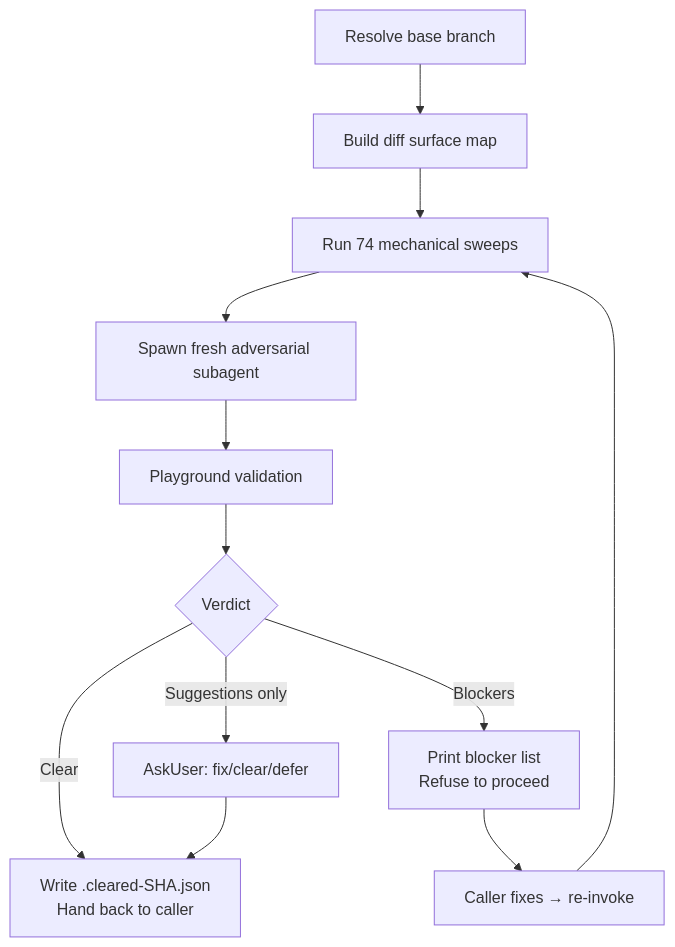
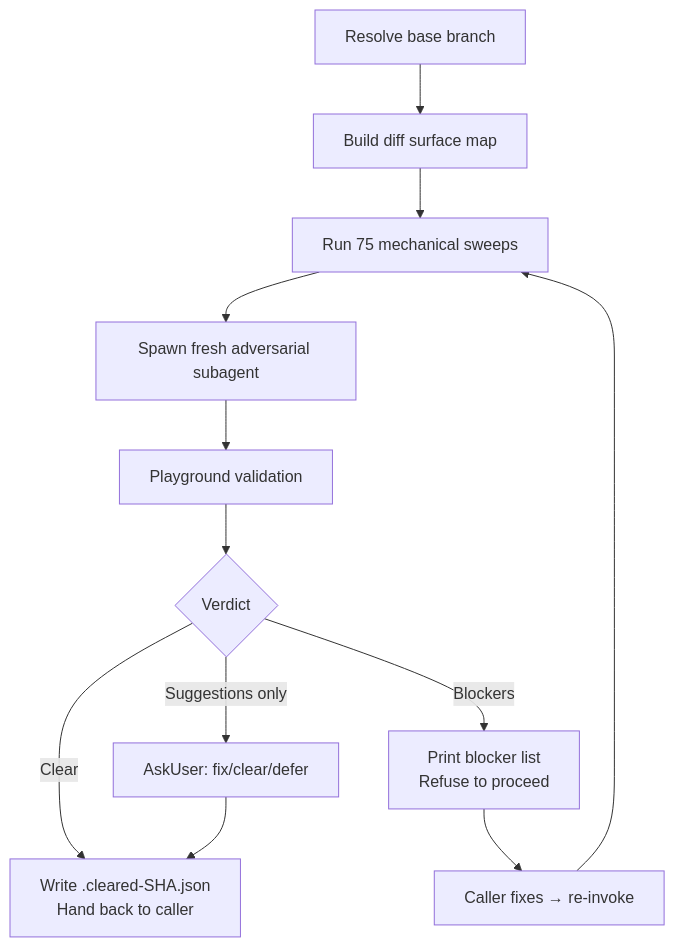
The diagram in skills/adversarial-review/README.md (whizzzkid/skills), drawn with Mermaid before and after one commit. The commit also changed other lines of this file and 3 other files, not shown here.

````diff
--- a/skills/adversarial-review/README.md
+++ b/skills/adversarial-review/README.md
@@ -16,14 +16,14 @@
 ```mermaid
 flowchart TD
     A[Resolve base branch] --> B[Build diff surface map]
-    B --> C[Run 74 mechanical sweeps]
+    B --> C[Run 75 mechanical sweeps]
     C --> D[Spawn fresh adversarial subagent]
     D --> E[Playground validation]
     E --> F{Verdict}
     F -->|Clear| G[Write .cleared-SHA.json<br/>Hand back to caller]
     F -->|Blockers| H[Print blocker list<br/>Refuse to proceed]
     F -->|Suggestions only| I[AskUser: fix/clear/defer]
     H --> J[Caller fixes → re-invoke]
     J --> C
     I --> G
 ```
````
